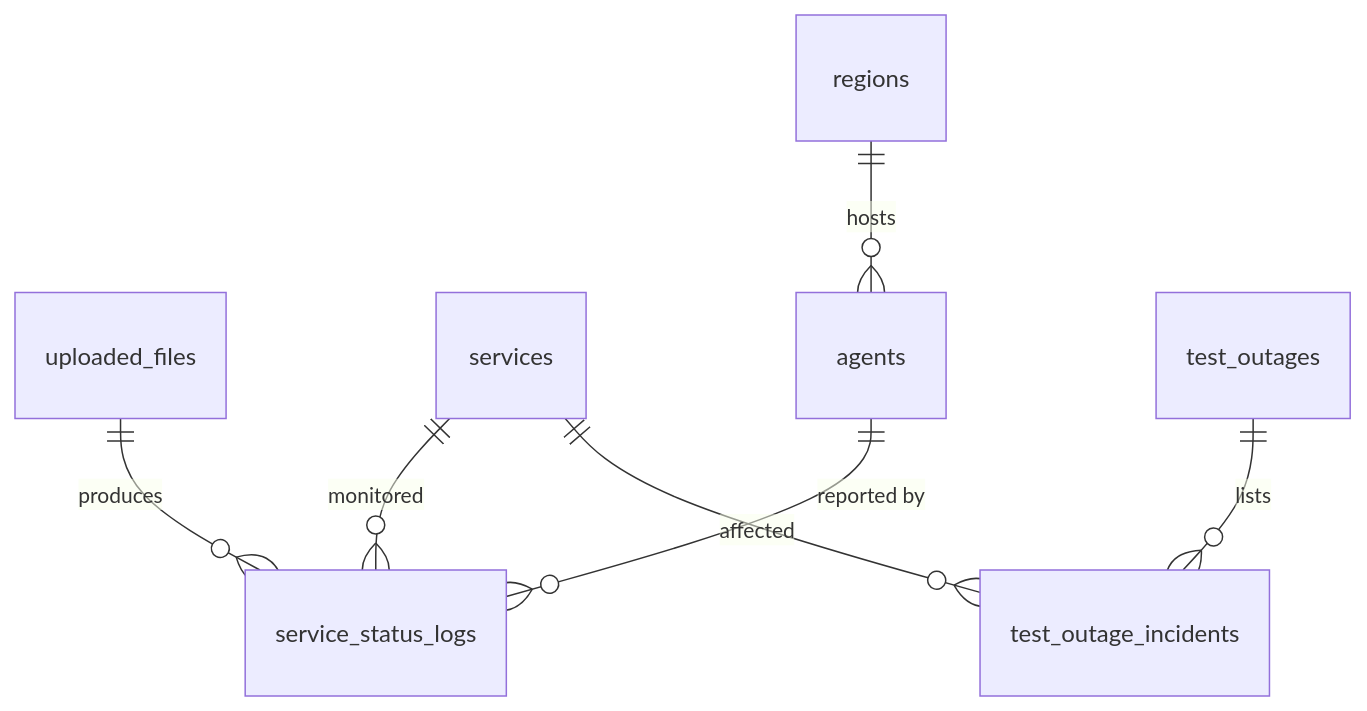
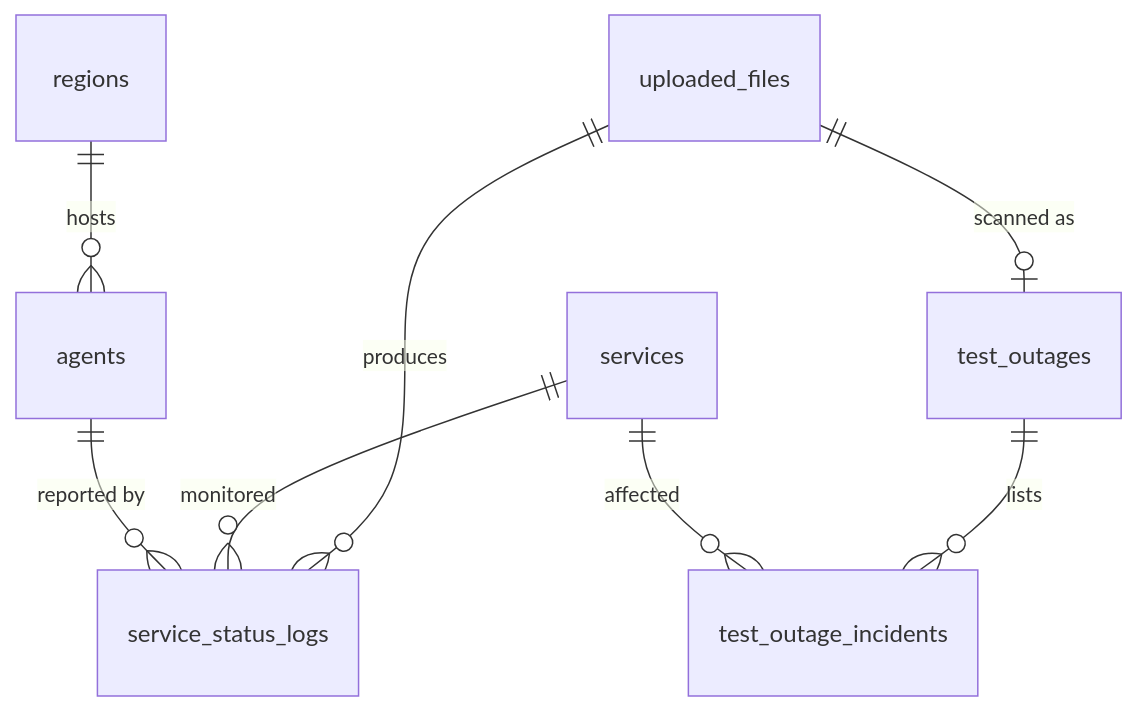
Before and after one commit to joshipoojaSE/SLA_Monitoring: the diagram in BE/database.md, drawn with Mermaid. The commit also changed other lines of this file and 4 other files, not shown here.

````diff
--- a/BE/database.md
+++ b/BE/database.md
@@ -13,9 +13,10 @@
 ```mermaid
 erDiagram
     uploaded_files ||--o{ service_status_logs : "produces"
     services ||--o{ service_status_logs : "monitored"
     agents ||--o{ service_status_logs : "reported by"
     regions ||--o{ agents : "hosts"
+    uploaded_files ||--o| test_outages : "scanned as"
     test_outages ||--o{ test_outage_incidents : "lists"
     services ||--o{ test_outage_incidents : "affected"
 ```
````
